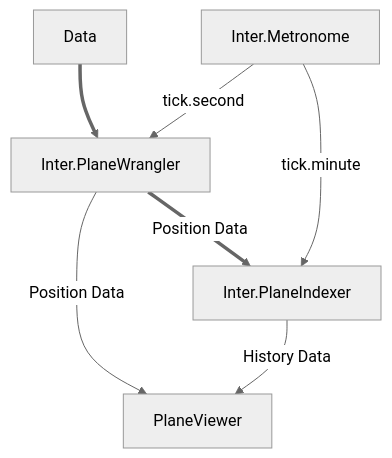
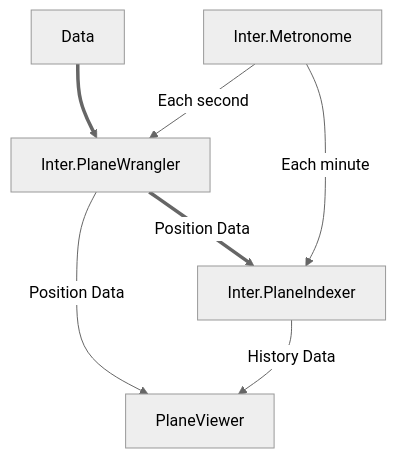
Before and after one commit to InterMW/.github: the diagram in profile/README.md, drawn with Mermaid (neutral theme).

````diff
--- a/profile/README.md
+++ b/profile/README.md
@@ -5,9 +5,9 @@
 ```mermaid
 graph TD;
     Data==>Inter.PlaneWrangler;
-    Inter.Metronome --> |tick.second| Inter.PlaneWrangler;
-    Inter.Metronome --> |tick.minute| Inter.PlaneIndexer;
+    Inter.Metronome --> | Each second | Inter.PlaneWrangler;
+    Inter.Metronome --> | Each minute | Inter.PlaneIndexer;
     Inter.PlaneWrangler--> |Position Data| PlaneViewer;
     Inter.PlaneIndexer --> |History Data| PlaneViewer;
     Inter.PlaneWrangler==> |Position Data| Inter.PlaneIndexer;
 ```
````
